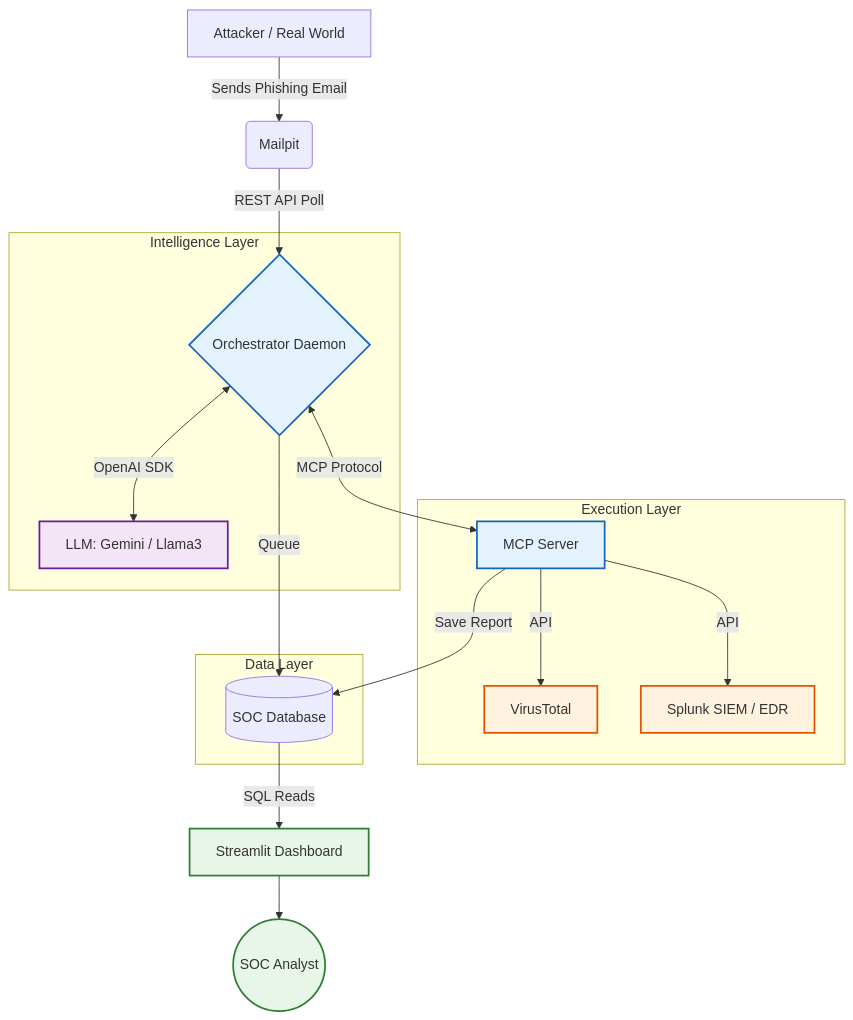
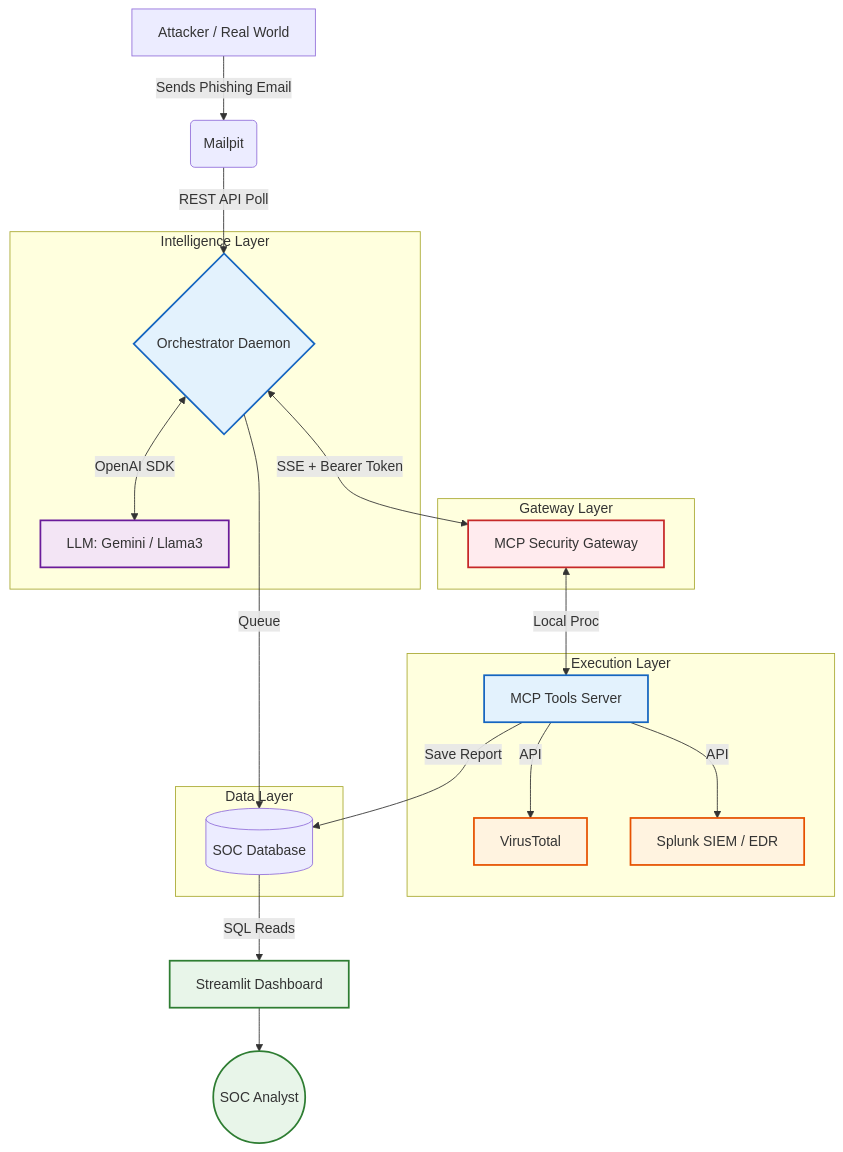
One commit to souradeepdutta/MCP-Project changed the first of 3 diagrams in architecture_and_improvements.md. Above: the diagram before and after it, drawn with Mermaid. The commit also changed other lines of this file and 7 other files, not shown here.

Commit message:
feat: implement secure MCP gateway with RBAC, SSE transport, and audit logging to isolate execution environments

````diff
--- a/architecture_and_improvements.md
+++ b/architecture_and_improvements.md
@@ -39,33 +39,39 @@
 ```mermaid
 graph TD
     A[Attacker / Real World] -->|Sends Phishing Email| B(Mailpit)
     B -->|REST API Poll| C{Orchestrator Daemon}
     
     subgraph Intelligence Layer
         C <-->|OpenAI SDK| D[LLM: Gemini / Llama3]
     end
     
+    subgraph Gateway Layer
+        C <-->|SSE + Bearer Token| GW[MCP Security Gateway]
+    end
+    
     subgraph Execution Layer
-        C <-->|MCP Protocol| E[MCP Server]
+        GW <-->|Local Proc| E[MCP Tools Server]
         E -->|API| F[VirusTotal]
         E -->|API| G[Splunk SIEM / EDR]
     end
     
     subgraph Data Layer
         C -->|Queue| H[(SOC Database)]
         E -->|Save Report| H
     end
     
     H -->|SQL Reads| I[Streamlit Dashboard]
     I --> J((SOC Analyst))
     
     classDef blue fill:#e3f2fd,stroke:#1565c0,stroke-width:2px;
     classDef green fill:#e8f5e9,stroke:#2e7d32,stroke-width:2px;
     classDef orange fill:#fff3e0,stroke:#e65100,stroke-width:2px;
     classDef purple fill:#f3e5f5,stroke:#6a1b9a,stroke-width:2px;
+    classDef red fill:#ffebee,stroke:#c62828,stroke-width:2px;
     
     class C,E blue;
     class D purple;
+    class GW red;
     class F,G orange;
     class I,J green;
 ```
````
